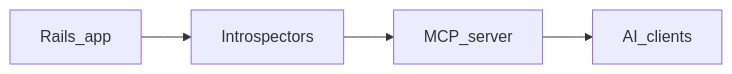
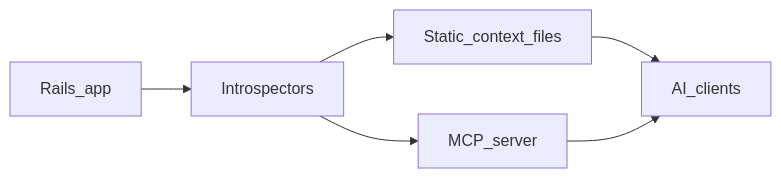
Before and after one commit to igmarin/rails-ai-bridge: the diagram in README.md, drawn with Mermaid. The commit also changed other lines of this file and 2 other files, not shown here.

````diff
--- a/README.md
+++ b/README.md
@@ -50,8 +55,13 @@
 ```mermaid
 flowchart LR
   app[Rails_app]
   intro[Introspectors]
+  files[Static_context_files]
   mcp[MCP_server]
   clients[AI_clients]
-  app --> intro --> mcp --> clients
+  app --> intro
+  intro --> files
+  intro --> mcp
+  files --> clients
+  mcp --> clients
 ```
````
